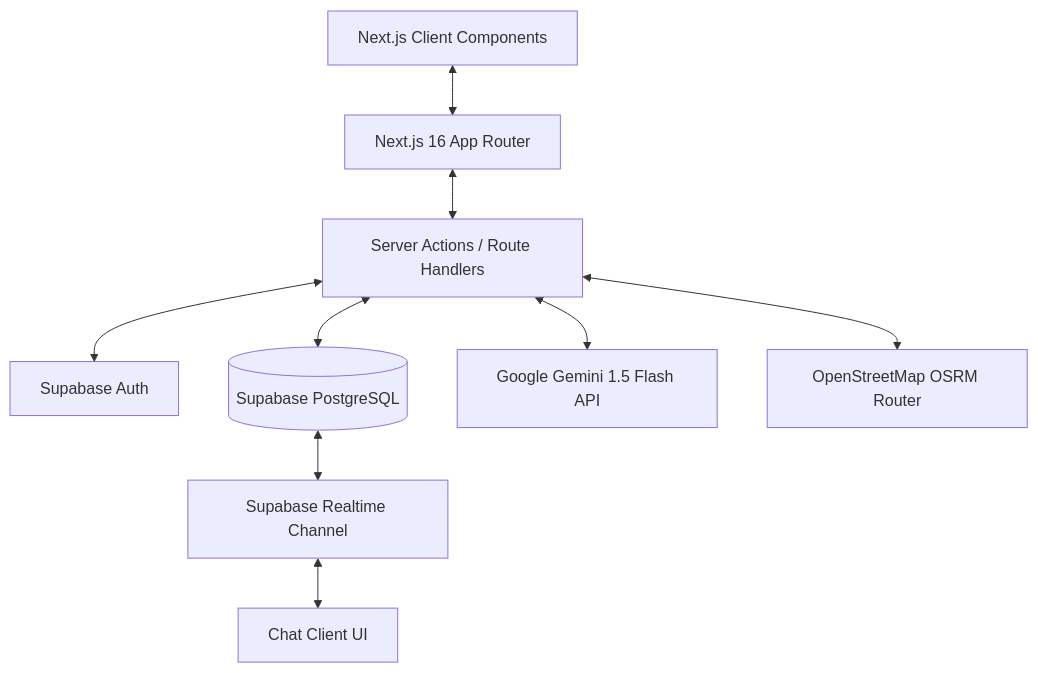
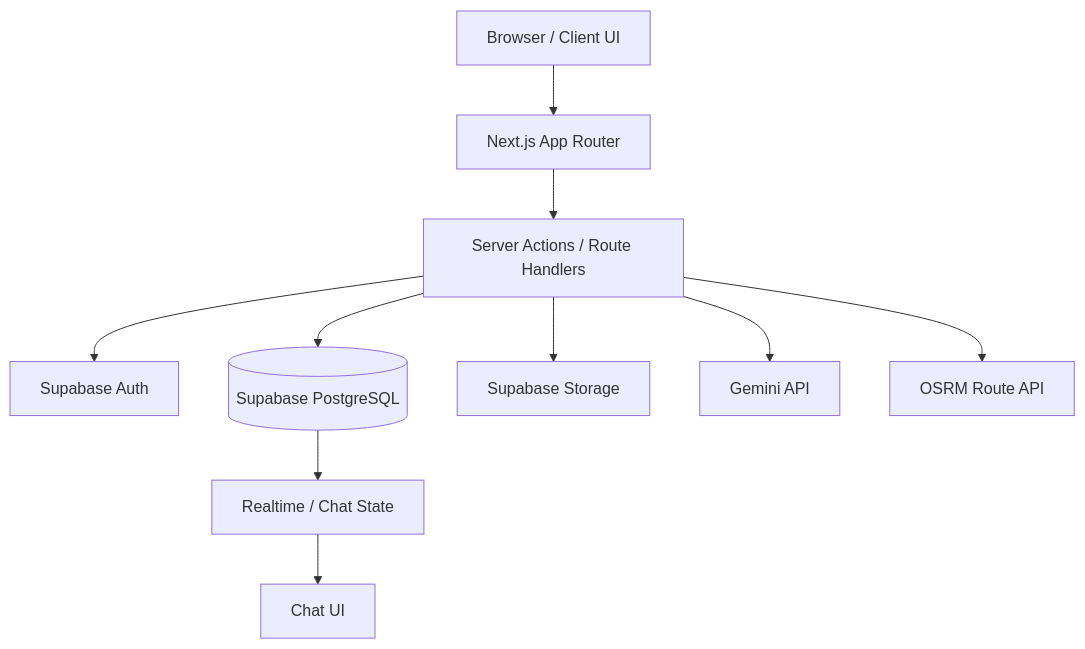
The diagram in docs/product/project-report.md (ZanHopUS/KTX-Carpooling), drawn with Mermaid before and after one commit. The commit also changed other lines of this file and 24 other files, not shown here.

````diff
--- a/docs/product/project-report.md
+++ b/docs/product/project-report.md
@@ -26,11 +54,12 @@
 ```mermaid
 graph TD
-    Client[Next.js Client Components] <--> AppRouter[Next.js 16 App Router]
-    AppRouter <--> ServerActions[Server Actions / Route Handlers]
-    ServerActions <--> SupabaseAuth[Supabase Auth]
-    ServerActions <--> SupabaseDB[(Supabase PostgreSQL)]
-    ServerActions <--> GeminiAPI[Google Gemini 1.5 Flash API]
-    ServerActions <--> OSRM[OpenStreetMap OSRM Router]
-    SupabaseDB <--> Realtime[Supabase Realtime Channel]
-    Realtime <--> ChatUI[Chat Client UI]
+    browser[Browser / Client UI] --> app[Next.js App Router]
+    app --> serverActions[Server Actions / Route Handlers]
+    serverActions --> supabaseAuth[Supabase Auth]
+    serverActions --> supabaseDb[(Supabase PostgreSQL)]
+    serverActions --> storage[Supabase Storage]
+    serverActions --> gemini[Gemini API]
+    serverActions --> osrm[OSRM Route API]
+    supabaseDb --> realtime[Realtime / Chat State]
+    realtime --> chat[Chat UI]
 ```
````
